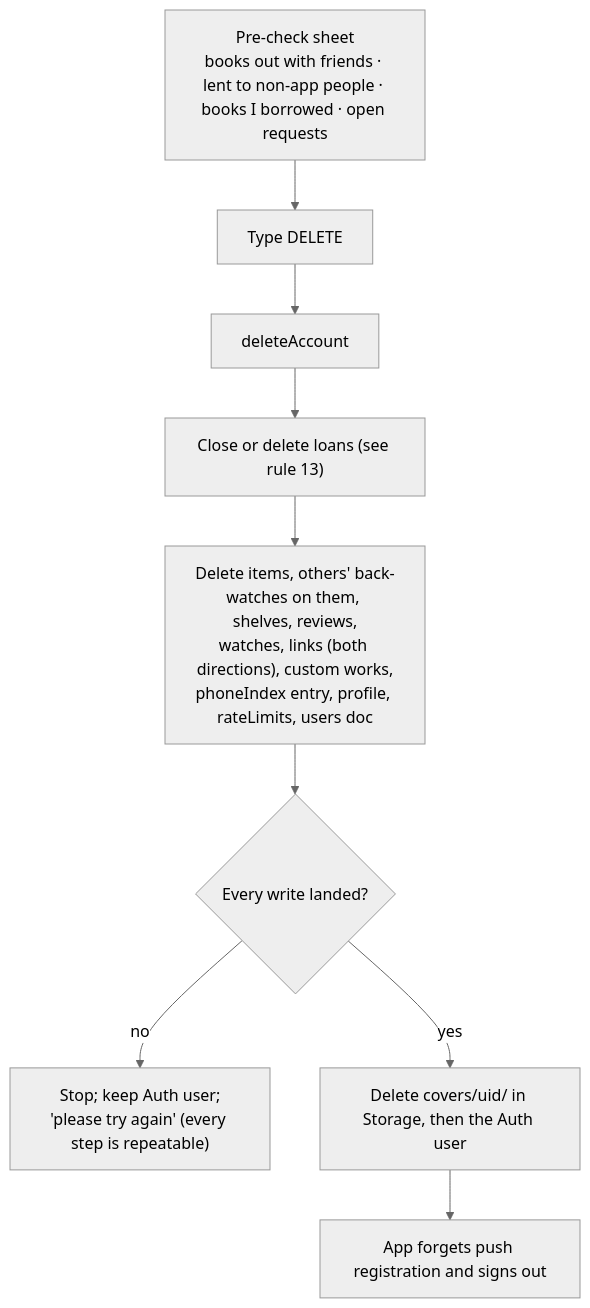
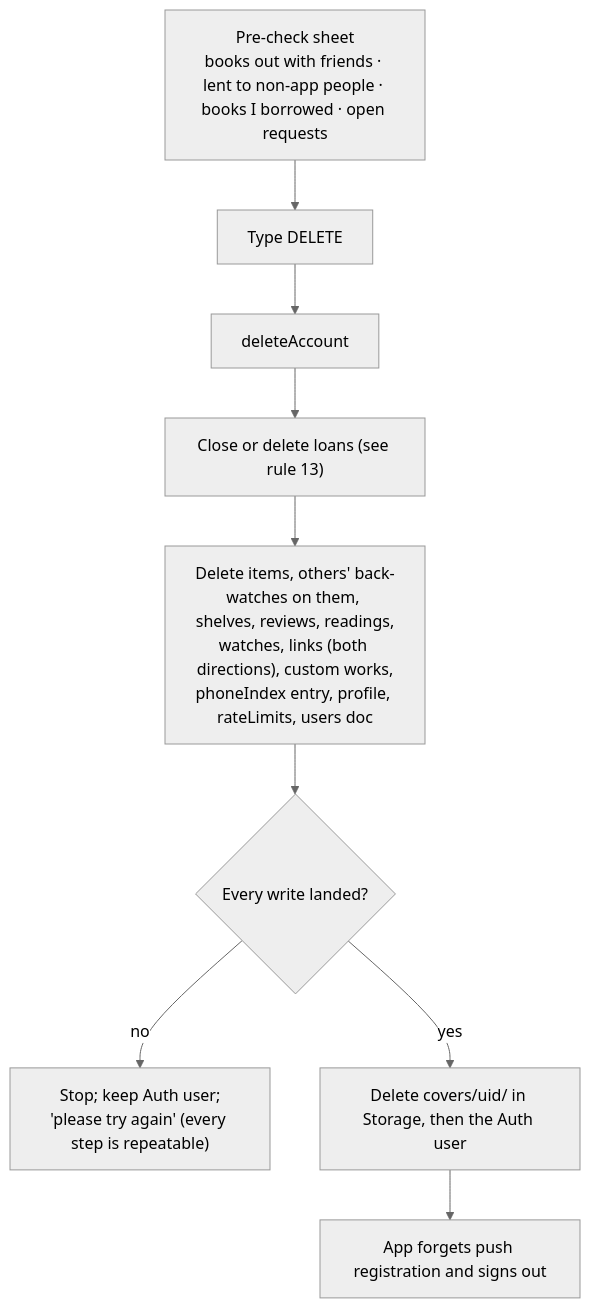
One commit to karanshah229/lendshelf changed the second of 2 diagrams in docs/overview/CORE-LOGIC.md. Above: the diagram before and after it, drawn with Mermaid (neutral theme). The commit also changed other lines of this file and 32 other files, not shown here.

````diff
--- a/docs/overview/CORE-LOGIC.md
+++ b/docs/overview/CORE-LOGIC.md
@@ -414,11 +415,11 @@
 ```mermaid
 flowchart TD
     A["Pre-check sheet<br/>books out with friends · lent to non-app people · books I borrowed · open requests"] --> B["Type DELETE"]
     B --> C["deleteAccount"]
     C --> D["Close or delete loans (see rule 13)"]
-    D --> E["Delete items, others' back-watches on them, shelves, reviews,<br/>watches, links (both directions), custom works,<br/>phoneIndex entry, profile, rateLimits, users doc"]
+    D --> E["Delete items, others' back-watches on them, shelves, reviews, readings,<br/>watches, links (both directions), custom works,<br/>phoneIndex entry, profile, rateLimits, users doc"]
     E --> F{"Every write landed?"}
     F -- "no" --> G["Stop; keep Auth user;<br/>'please try again' (every step is repeatable)"]
     F -- "yes" --> H["Delete covers/uid/ in Storage, then the Auth user"]
     H --> I["App forgets push registration and signs out"]
 ```
````
